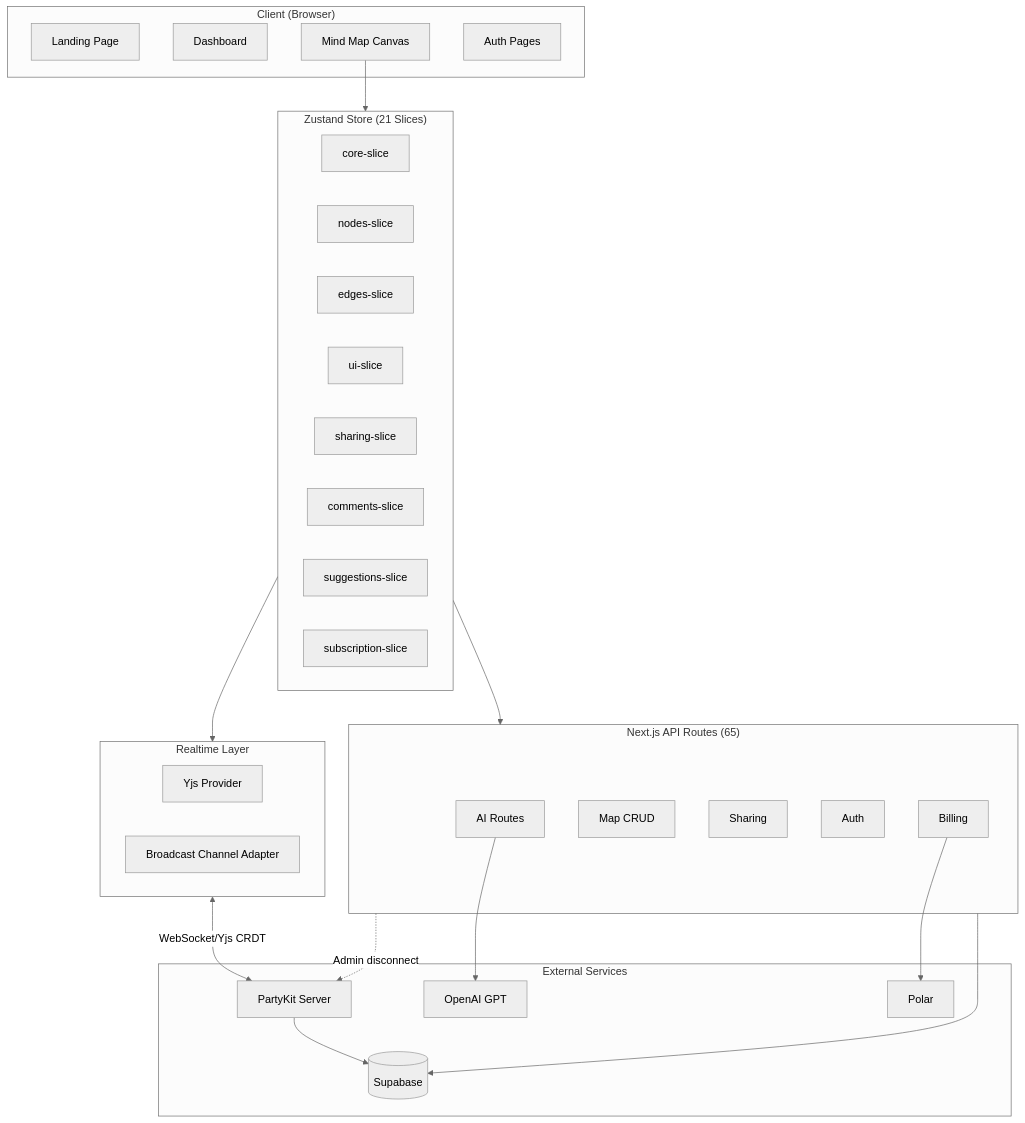
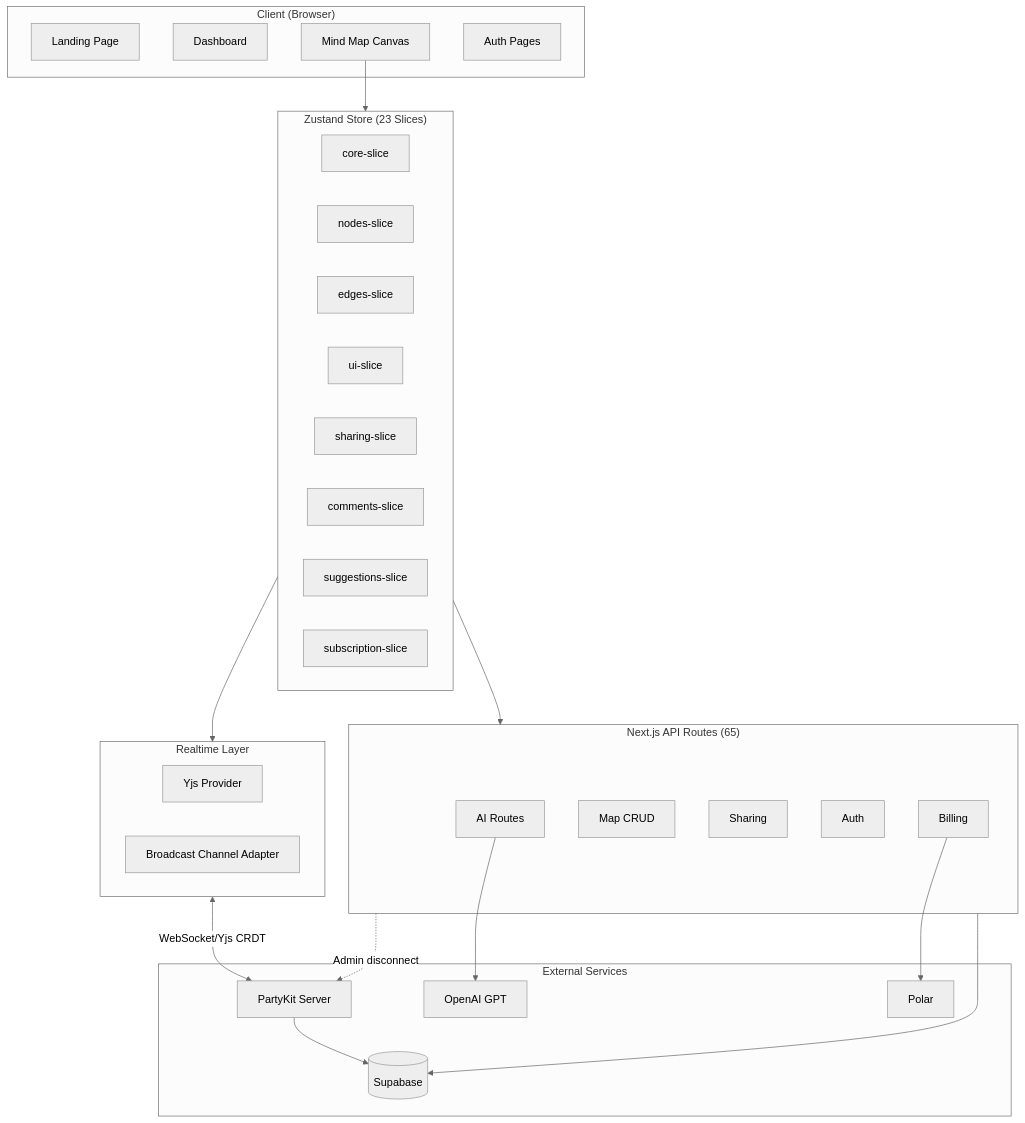
One commit to kudziajaroslaw98/moistus-ai changed the first of 6 diagrams in docs/CODEBASE_MAP.md. Above: the diagram before and after it, drawn with Mermaid (neutral theme). The commit also changed other lines of this file and 4 other files, not shown here.

````diff
--- a/docs/CODEBASE_MAP.md
+++ b/docs/CODEBASE_MAP.md
@@ -84,50 +84,50 @@
 ```mermaid
 graph TB
     subgraph Client["Client (Browser)"]
         Landing[Landing Page]
         Dashboard[Dashboard]
         Canvas[Mind Map Canvas]
         Auth[Auth Pages]
     end
 
-    subgraph State["Zustand Store (21 Slices)"]
+    subgraph State["Zustand Store (23 Slices)"]
         Core[core-slice]
         Nodes[nodes-slice]
         Edges[edges-slice]
         UI[ui-slice]
         Sharing[sharing-slice]
         Comments[comments-slice]
         AI[suggestions-slice]
         Subs[subscription-slice]
     end
 
     subgraph Realtime["Realtime Layer"]
         YjsProvider[Yjs Provider]
         BroadcastAdapter[Broadcast Channel Adapter]
     end
 
     subgraph API["Next.js API Routes (65)"]
         AIRoutes[AI Routes]
         MapRoutes[Map CRUD]
         ShareRoutes[Sharing]
         AuthRoutes[Auth]
         BillingRoutes[Billing]
     end
 
     subgraph External["External Services"]
         Supabase[(Supabase)]
         PartyKit[PartyKit Server]
         OpenAI[OpenAI GPT]
         Polar[Polar]
     end
 
     Canvas --> State
     State --> Realtime
     Realtime <-->|WebSocket/Yjs CRDT| PartyKit
     PartyKit --> Supabase
     State --> API
     API --> Supabase
     AIRoutes --> OpenAI
     BillingRoutes --> Polar
     API -.->|Admin disconnect| PartyKit
 ```
````
